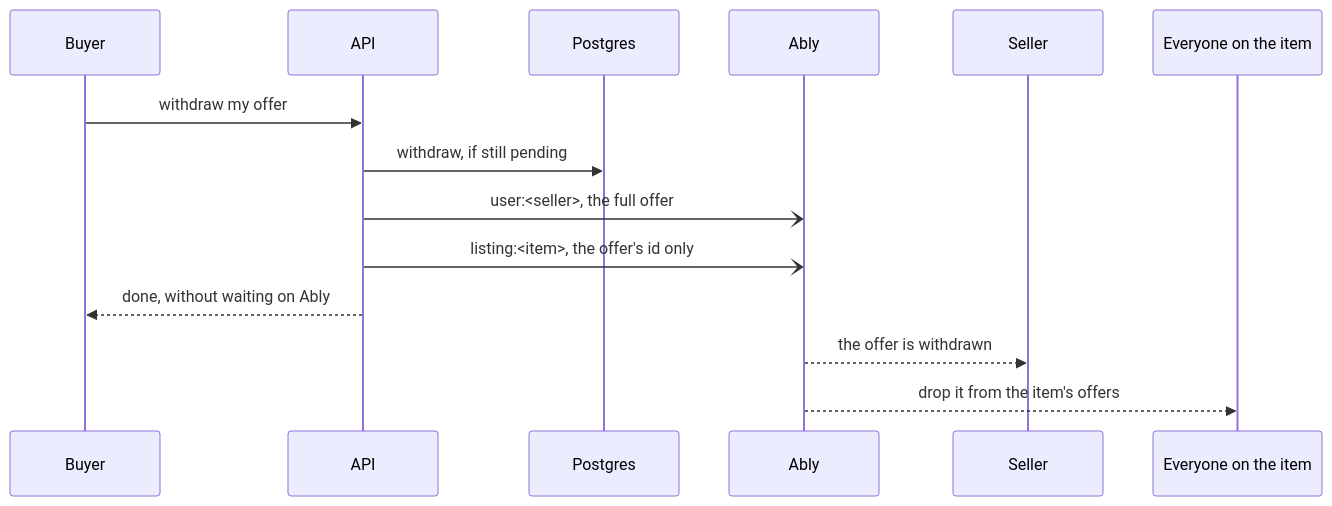
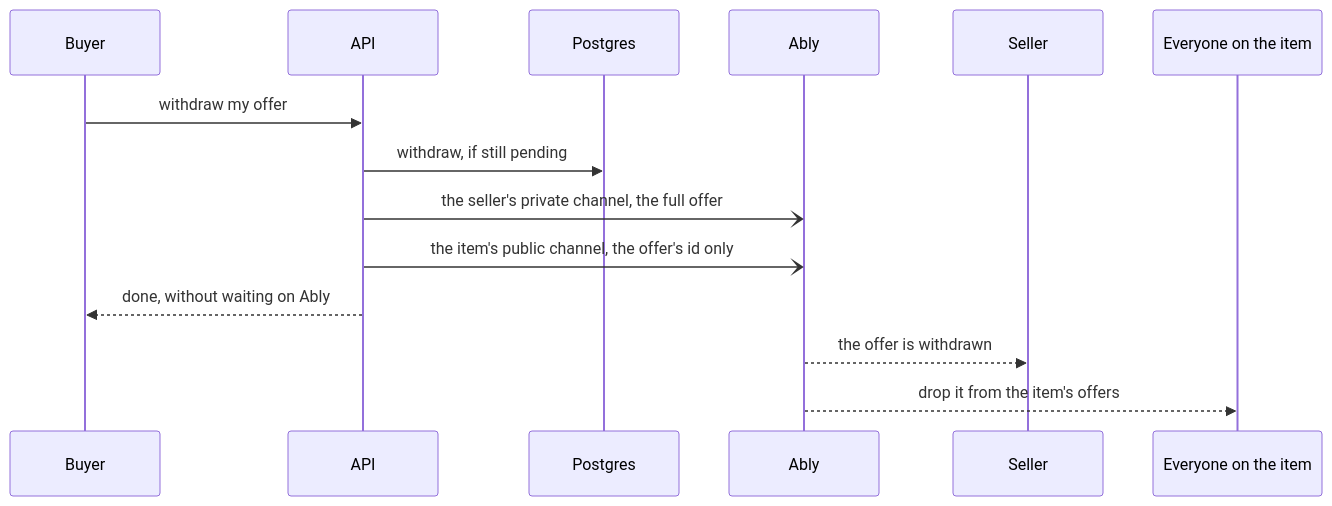
The diagram in realtime/README.md (caputoluca/nolie-engineering), drawn with Mermaid before and after one commit. The commit also changed other lines of this file and 8 other files, not shown here.

Commit message:
READMEs: plainer wording, consistent figures, two diagrams that render

````diff
--- a/realtime/README.md
+++ b/realtime/README.md
@@ -30,16 +30,16 @@
 ```mermaid
 sequenceDiagram
     participant Buyer
     participant API
     participant DB as Postgres
     participant Ably
     participant Seller
     participant Viewers as Everyone on the item
     Buyer->>API: withdraw my offer
     API->>DB: withdraw, if still pending
-    API-)Ably: user:<seller>, the full offer
-    API-)Ably: listing:<item>, the offer's id only
+    API-)Ably: the seller's private channel, the full offer
+    API-)Ably: the item's public channel, the offer's id only
     API-->>Buyer: done, without waiting on Ably
     Ably-->>Seller: the offer is withdrawn
     Ably-->>Viewers: drop it from the item's offers
 ```
````
